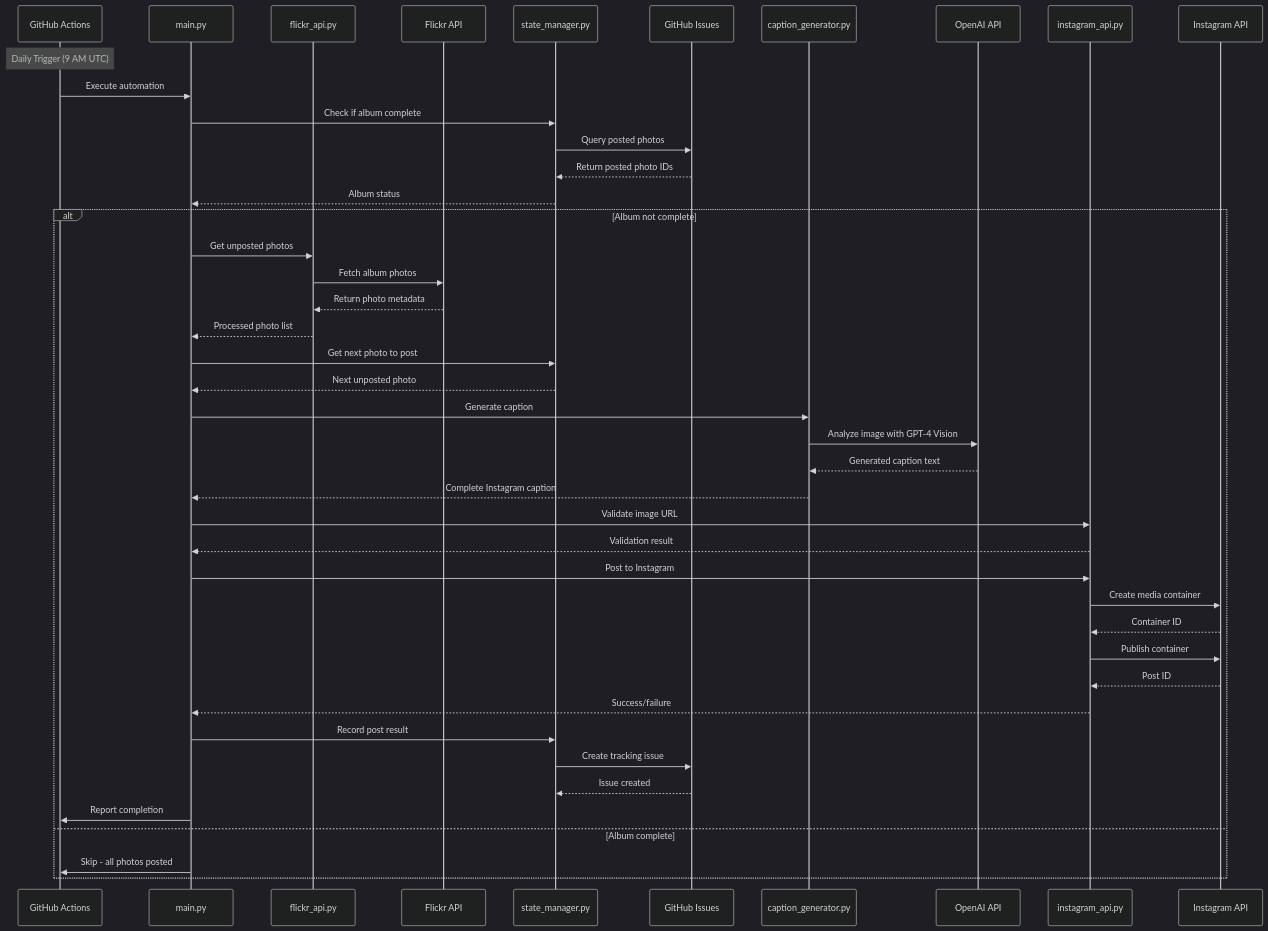
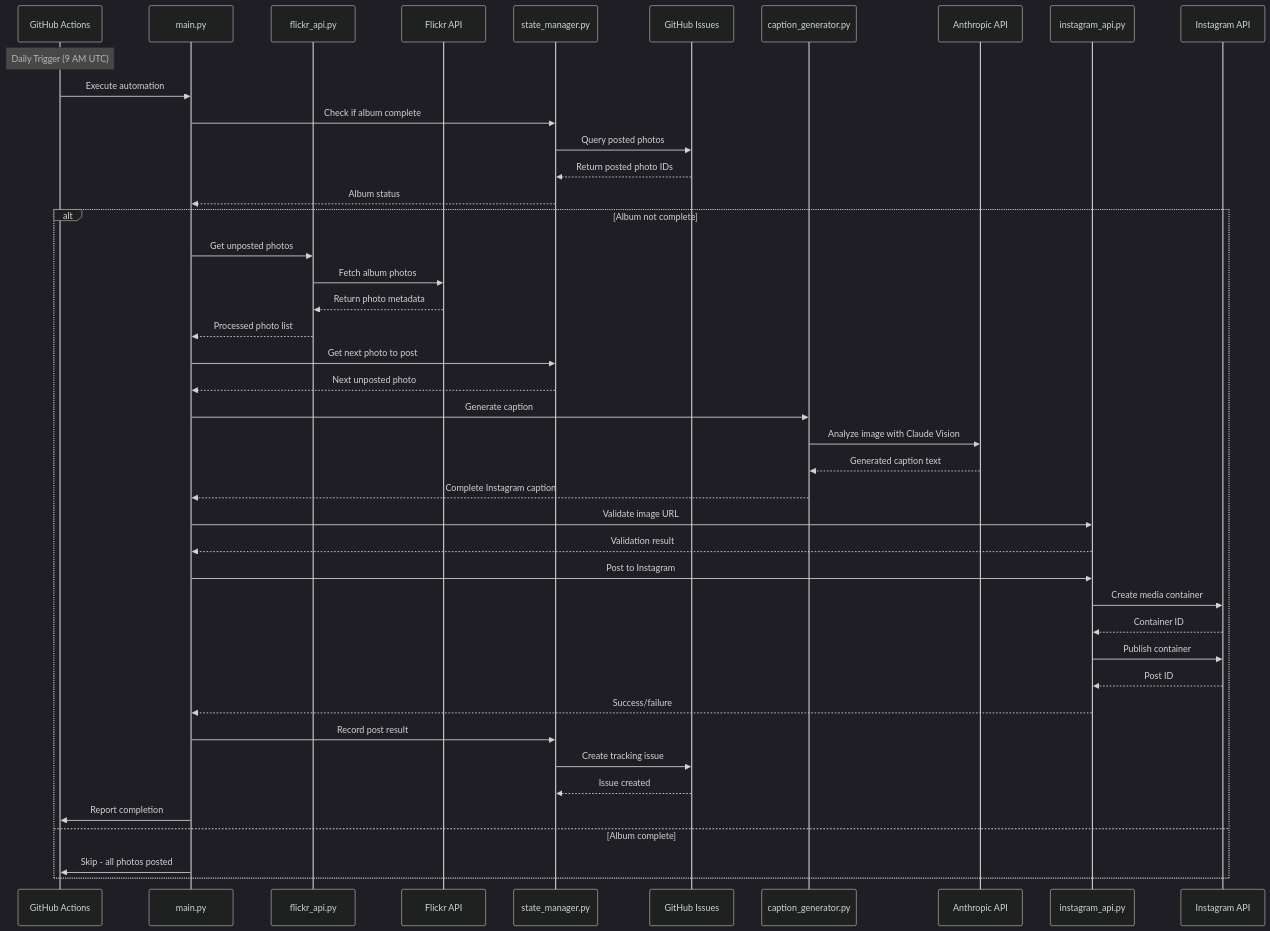
The fourth of 6 diagrams in README.md (webmemo-code/flickr-to-instagram-automation), drawn with Mermaid (dark theme) before and after one commit. The commit also changed other lines of this file and 11 other files, not shown here.

Commit message:
enhance: migrate from OpenAI GPT-4 to Anthropic Sonnet for caption generation and update related configurations

````diff
--- a/README.md
+++ b/README.md
@@ -311,53 +311,53 @@
 ```mermaid
 sequenceDiagram
     participant GA as GitHub Actions
     participant MC as main.py
     participant FL as flickr_api.py
     participant FA as Flickr API
     participant SM as state_manager.py
     participant GI as GitHub Issues
     participant CG as caption_generator.py
-    participant OA as OpenAI API
+    participant OA as Anthropic API
     participant IG as instagram_api.py
     participant IA as Instagram API
     Note over GA: Daily Trigger (9 AM UTC)
     GA->>MC: Execute automation
     
     MC->>SM: Check if album complete
     SM->>GI: Query posted photos
     GI-->>SM: Return posted photo IDs
     SM-->>MC: Album status
     
     alt Album not complete
         MC->>FL: Get unposted photos
         FL->>FA: Fetch album photos
         FA-->>FL: Return photo metadata
         FL-->>MC: Processed photo list
         
         MC->>SM: Get next photo to post
         SM-->>MC: Next unposted photo
         
         MC->>CG: Generate caption
-        CG->>OA: Analyze image with GPT-4 Vision
+        CG->>OA: Analyze image with Claude Vision
         OA-->>CG: Generated caption text
         CG-->>MC: Complete Instagram caption
         
         MC->>IG: Validate image URL
         IG-->>MC: Validation result
         
         MC->>IG: Post to Instagram
         IG->>IA: Create media container
         IA-->>IG: Container ID
         IG->>IA: Publish container
         IA-->>IG: Post ID
         IG-->>MC: Success/failure
         
         MC->>SM: Record post result
         SM->>GI: Create tracking issue
         GI-->>SM: Issue created
         
         MC->>GA: Report completion
     else Album complete
         MC->>GA: Skip - all photos posted
     end
 ```
````
